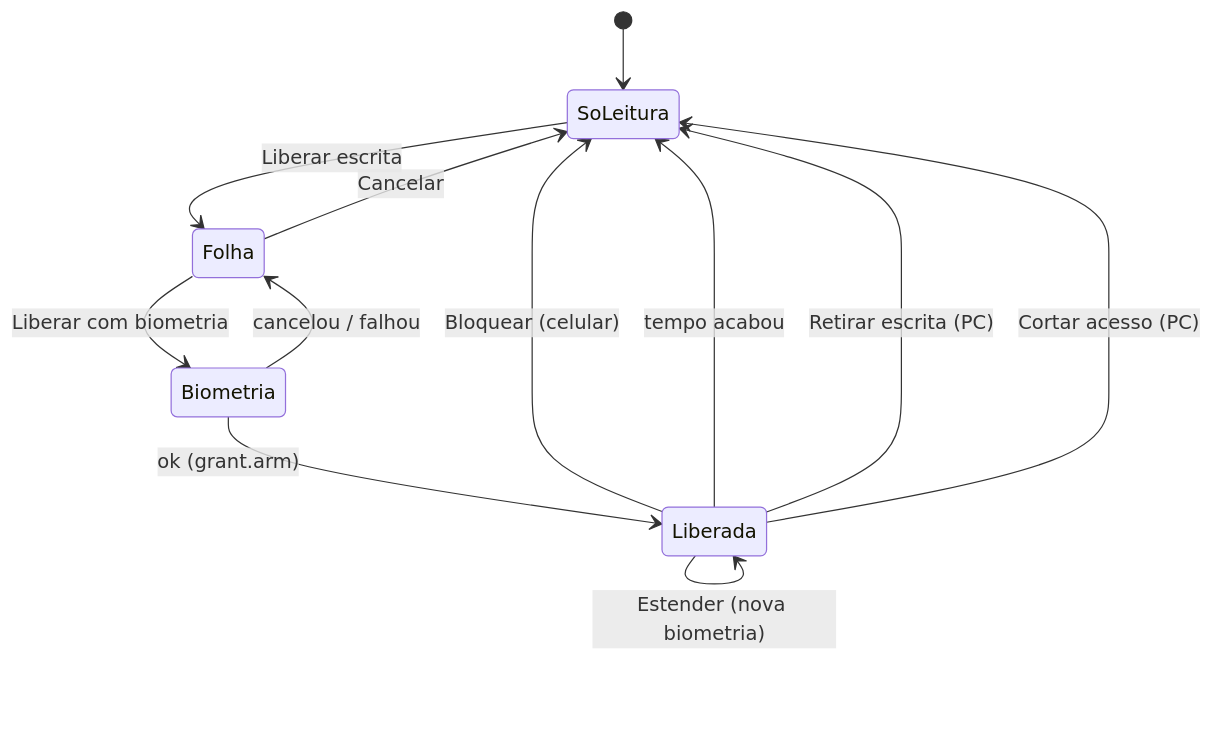
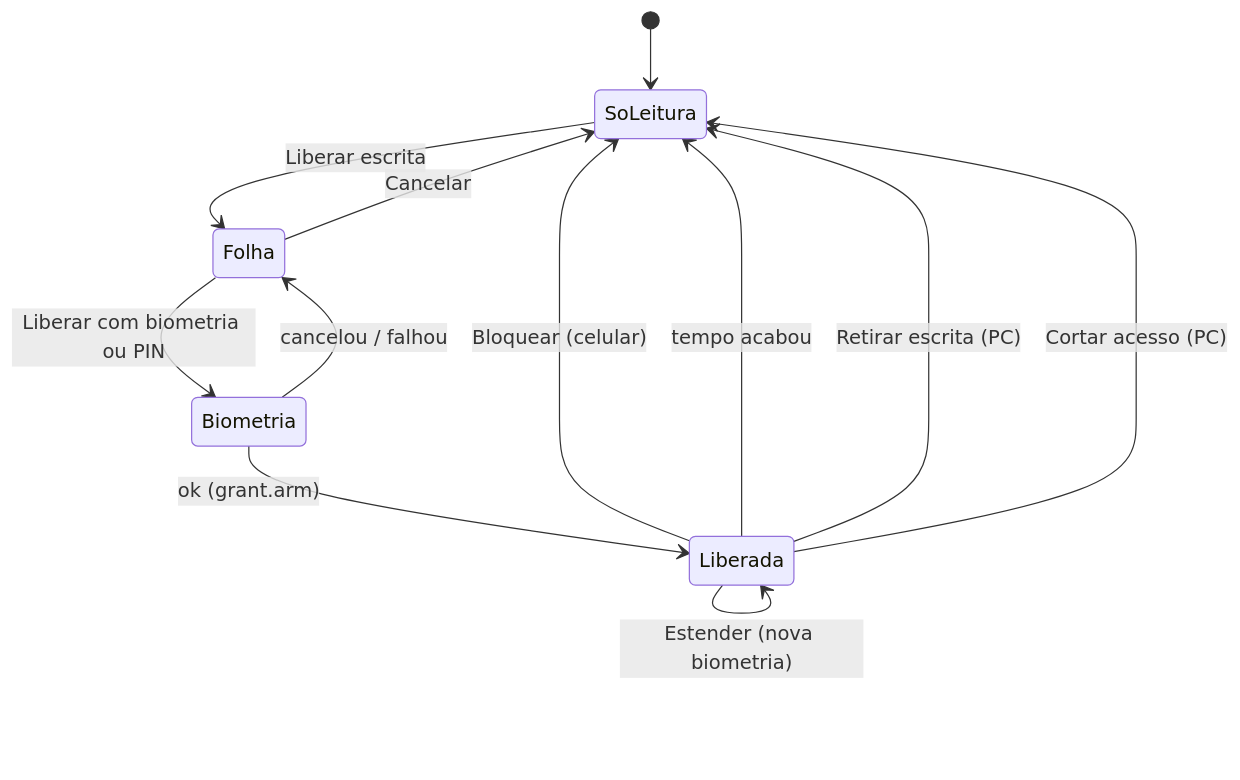
Before and after one commit to LucasGarioli/pipa-vscode-remote: the second of 4 diagrams in docs/interfaces/fluxos.md, drawn with Mermaid. The commit also changed other lines of this file and 11 other files, not shown here.

````diff
--- a/docs/interfaces/fluxos.md
+++ b/docs/interfaces/fluxos.md
@@ -87,14 +98,14 @@
 ```mermaid
 stateDiagram-v2
   [*] --> SoLeitura
   SoLeitura --> Folha: Liberar escrita
-  Folha --> Biometria: Liberar com biometria
+  Folha --> Biometria: Liberar com biometria ou PIN
   Folha --> SoLeitura: Cancelar
   Biometria --> Liberada: ok (grant.arm)
   Biometria --> Folha: cancelou / falhou
   Liberada --> Liberada: Estender (nova biometria)
   Liberada --> SoLeitura: Bloquear (celular)
   Liberada --> SoLeitura: tempo acabou
   Liberada --> SoLeitura: Retirar escrita (PC)
   Liberada --> SoLeitura: Cortar acesso (PC)
 ```
````
